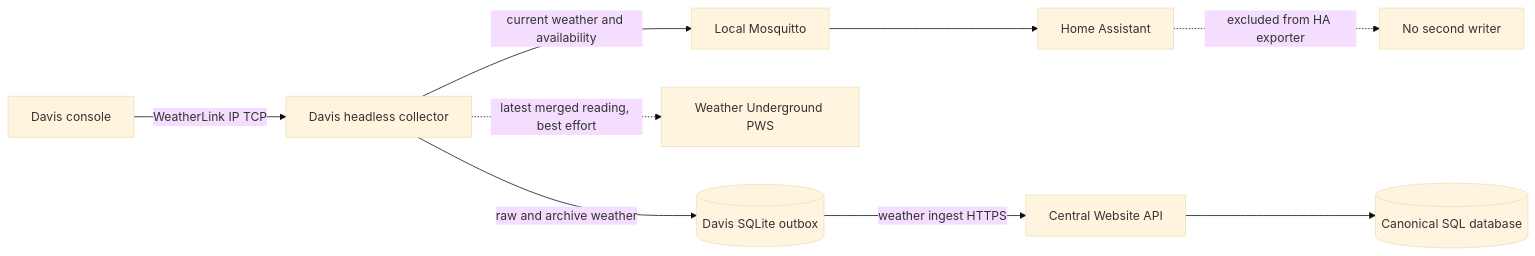
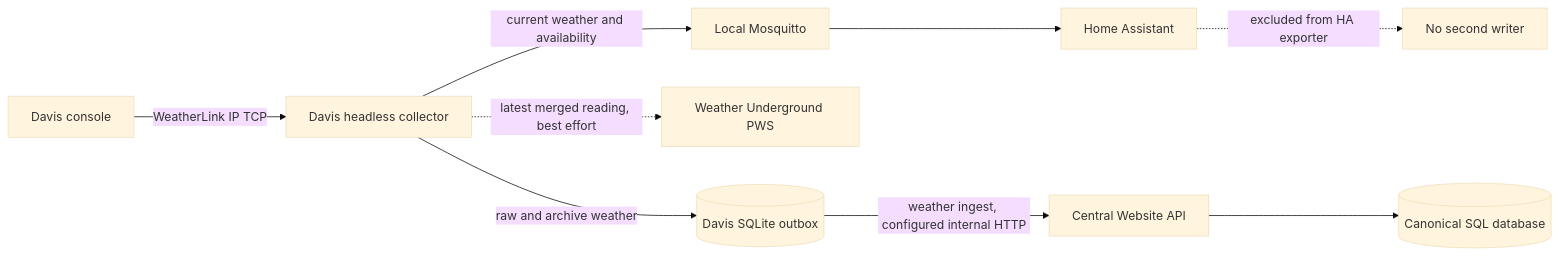
Before and after one commit to HualapaiValley/HVO.WebSite: the second of 7 diagrams in docs/architecture/EDGE_DATA_FLOWS.md, drawn with Mermaid (base theme). The commit also changed other lines of this file and 71 other files, not shown here.

````diff
--- a/docs/architecture/EDGE_DATA_FLOWS.md
+++ b/docs/architecture/EDGE_DATA_FLOWS.md
@@ -51,11 +55,11 @@
 ```mermaid
 flowchart LR
     DAVIS[Davis console] -->|WeatherLink IP TCP| COL[Davis headless collector]
     COL -->|current weather and availability| MQTT[Local Mosquitto]
     MQTT --> HA[Home Assistant]
     COL -. latest merged reading, best effort .-> WU[Weather Underground PWS]
     COL -->|raw and archive weather| OUT[(Davis SQLite outbox)]
-    OUT -->|weather ingest HTTPS| API[Central Website API]
+    OUT -->|weather ingest, configured internal HTTP| API[Central Website API]
     API --> DB[(Canonical SQL database)]
     HA -. excluded from HA exporter .-> X[No second writer]
 ```
````
